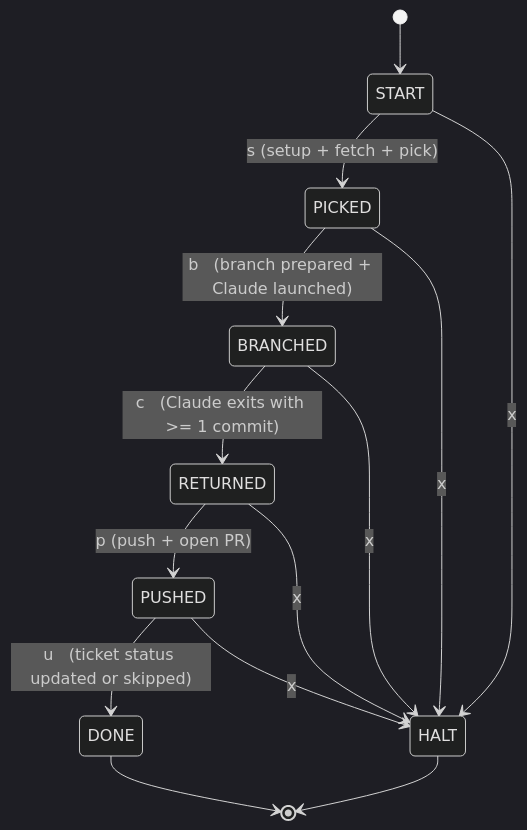
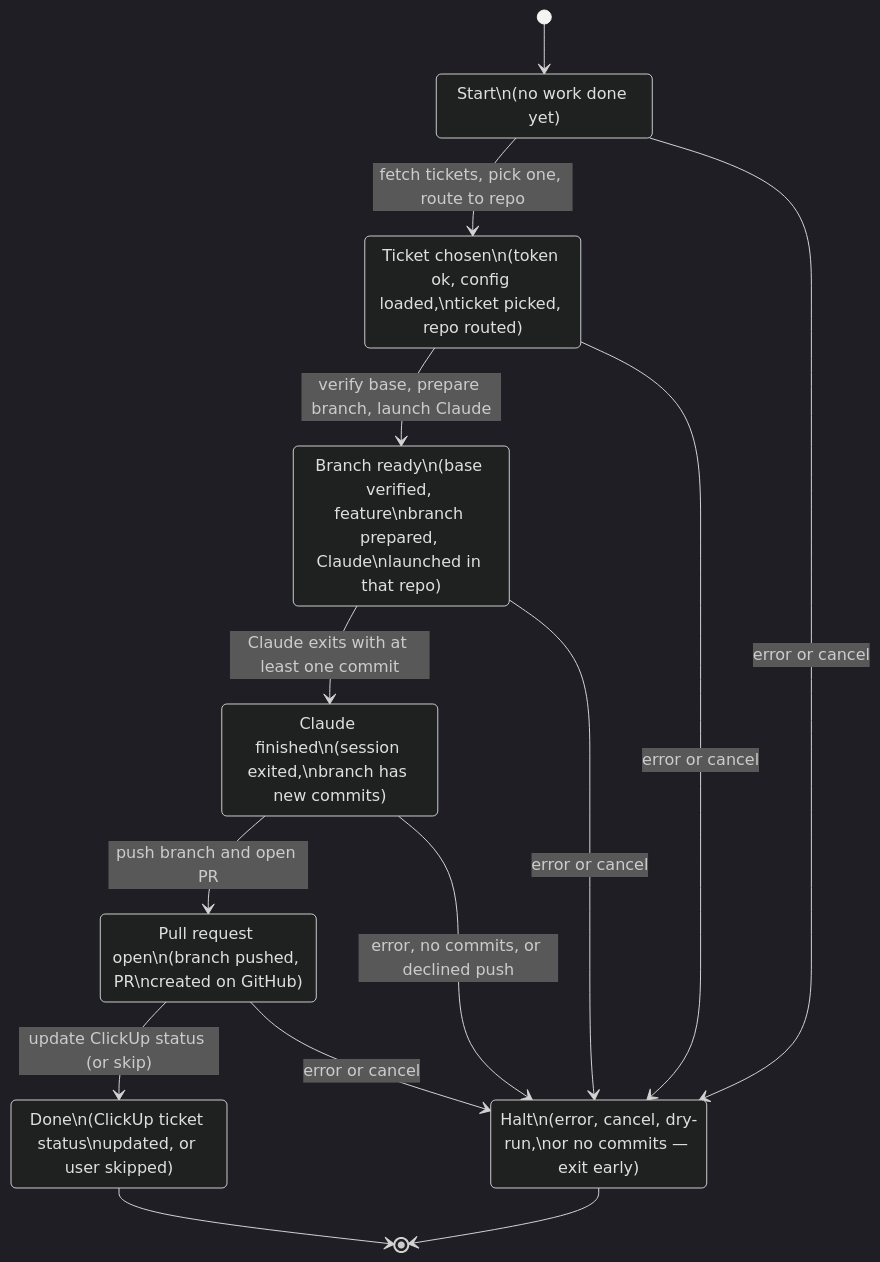
The diagram in docs/flow.md (Azhar-ud/clickup-work), drawn with Mermaid (dark theme) before and after one commit. The commit also changed other lines of this file, not shown here.

Commit message:
docs: make flow diagram self-explanatory — descriptive states and edges

````diff
--- a/docs/flow.md
+++ b/docs/flow.md
@@ -10,17 +8,28 @@
 ```mermaid
 stateDiagram-v2
-    [*]      --> START
-    START    --> PICKED   : s   (setup + fetch + pick)
-    PICKED   --> BRANCHED : b   (branch prepared + Claude launched)
-    BRANCHED --> RETURNED : c   (Claude exits with >= 1 commit)
-    RETURNED --> PUSHED   : p   (push + open PR)
-    PUSHED   --> DONE     : u   (ticket status updated or skipped)
-    DONE     --> [*]
+    direction TB
 
-    START    --> HALT : x
-    PICKED   --> HALT : x
-    BRANCHED --> HALT : x
-    RETURNED --> HALT : x
-    PUSHED   --> HALT : x
-    HALT     --> [*]
+    [*] --> Start
+
+    Start: Start\n(no work done yet)
+    TicketReady: Ticket chosen\n(token ok, config loaded,\nticket picked, repo routed)
+    BranchReady: Branch ready\n(base verified, feature\nbranch prepared, Claude\nlaunched in that repo)
+    ClaudeFinished: Claude finished\n(session exited,\nbranch has new commits)
+    PrOpen: Pull request open\n(branch pushed, PR\ncreated on GitHub)
+    Done: Done\n(ClickUp ticket status\nupdated, or user skipped)
+    Halt: Halt\n(error, cancel, dry-run,\nor no commits — exit early)
+
+    Start          --> TicketReady     : fetch tickets, pick one, route to repo
+    TicketReady    --> BranchReady     : verify base, prepare branch, launch Claude
+    BranchReady    --> ClaudeFinished  : Claude exits with at least one commit
+    ClaudeFinished --> PrOpen          : push branch and open PR
+    PrOpen         --> Done            : update ClickUp status (or skip)
+    Done           --> [*]
+
+    Start          --> Halt : error or cancel
+    TicketReady    --> Halt : error or cancel
+    BranchReady    --> Halt : error or cancel
+    ClaudeFinished --> Halt : error, no commits, or declined push
+    PrOpen         --> Halt : error or cancel
+    Halt           --> [*]
 ```
````
